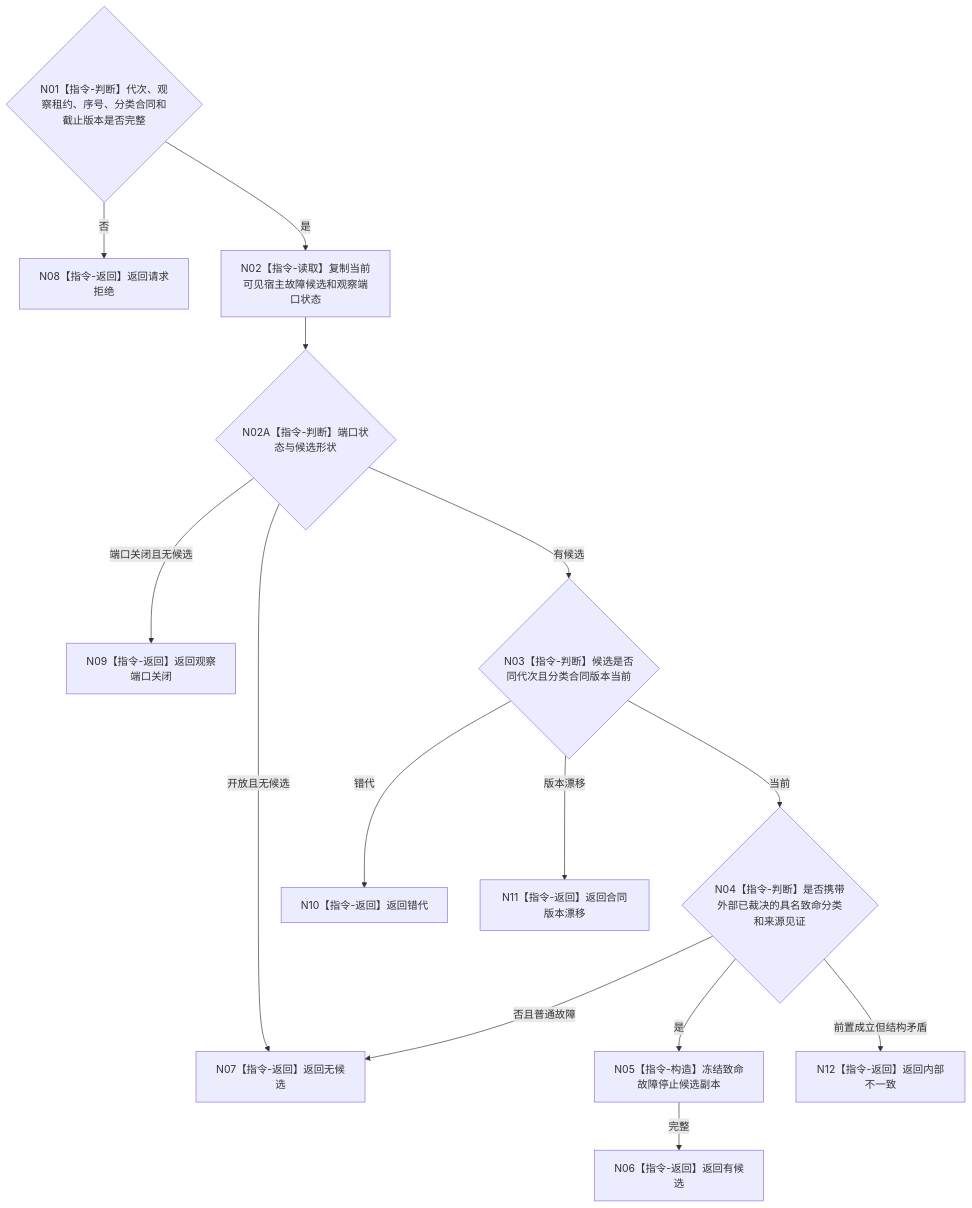
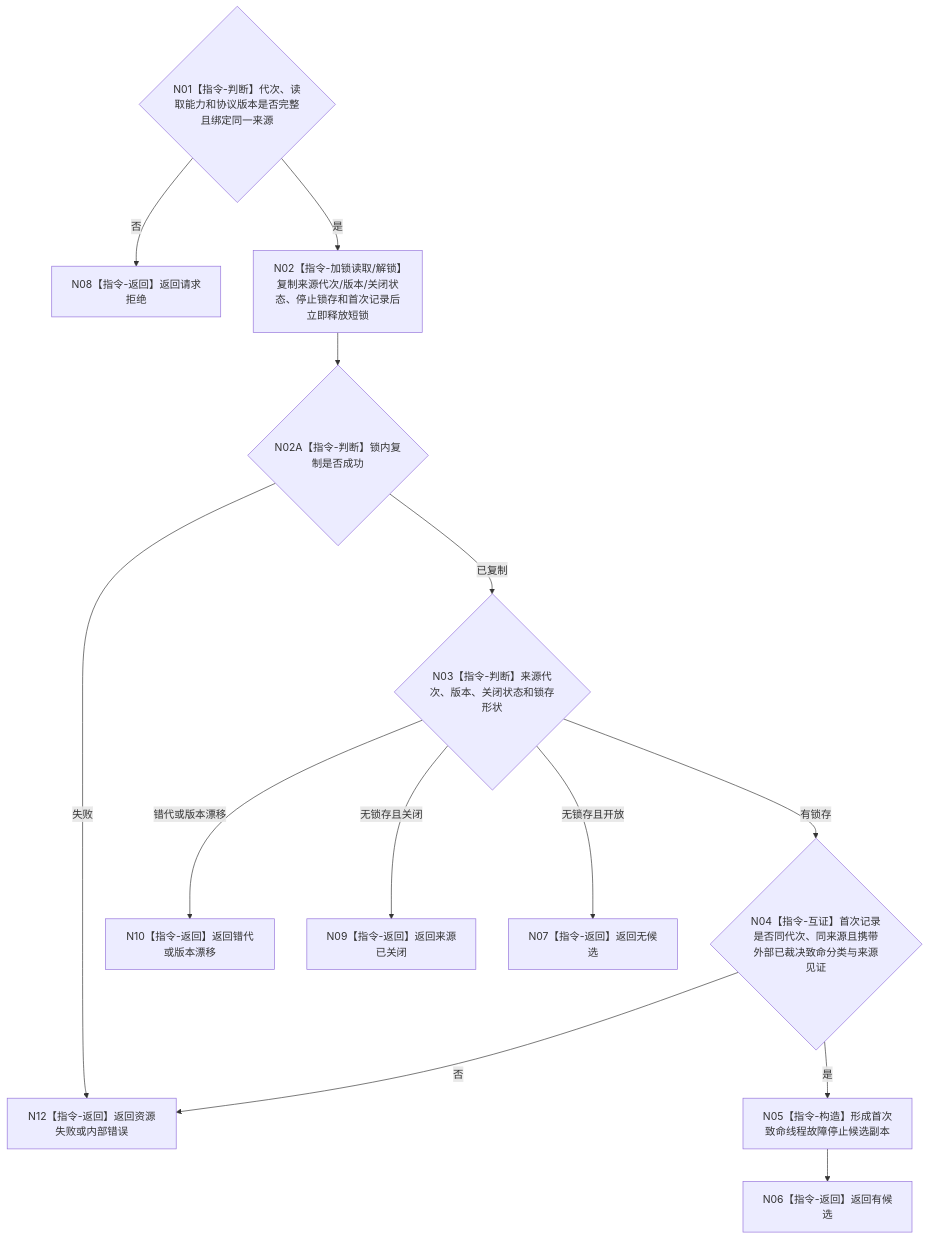
The diagram in 流程图/目标业务流程图/L4/BIZ-L4-001-10-01-03_读取致命线程故障停止候选_目标函数流程图_v0.1.md (chunhaizh-cyber/HY-Ego), drawn with Mermaid before and after one commit. The commit also changed other lines of this file and 14 other files, not shown here.

````diff
--- a/流程图/目标业务流程图/L4/BIZ-L4-001-10-01-03_读取致命线程故障停止候选_目标函数流程图_v0.1.md
+++ b/流程图/目标业务流程图/L4/BIZ-L4-001-10-01-03_读取致命线程故障停止候选_目标函数流程图_v0.1.md
@@ -30,16 +32,15 @@
 ```mermaid
 flowchart TD
- N01{"N01【指令-判断】代次、观察租约、序号、分类合同和截止版本是否完整"} -->|否| N08["N08【指令-返回】返回请求拒绝"]
- N01 -->|是| N02["N02【指令-读取】复制当前可见宿主故障候选和观察端口状态"]
- N02 --> N02A{"N02A【指令-判断】端口状态与候选形状"}
- N02A -->|端口关闭且无候选| N09["N09【指令-返回】返回观察端口关闭"]
- N02A -->|开放且无候选| N07["N07【指令-返回】返回无候选"]
- N02A -->|有候选| N03{"N03【指令-判断】候选是否同代次且分类合同版本当前"}
- N03 -->|错代| N10["N10【指令-返回】返回错代"]
- N03 -->|版本漂移| N11["N11【指令-返回】返回合同版本漂移"]
- N03 -->|当前| N04{"N04【指令-判断】是否携带外部已裁决的具名致命分类和来源见证"}
- N04 -->|否且普通故障| N07
- N04 -->|是| N05["N05【指令-构造】冻结致命故障停止候选副本"]
- N05 -->|完整| N06["N06【指令-返回】返回有候选"]
- N04 -->|前置成立但结构矛盾| N12["N12【指令-返回】返回内部不一致"]
+ N01{"N01【指令-判断】代次、读取能力和协议版本是否完整且绑定同一来源"} -->|否| N08["N08【指令-返回】返回请求拒绝"]
+ N01 -->|是| N02["N02【指令-加锁读取/解锁】复制来源代次/版本/关闭状态、停止锁存和首次记录后立即释放短锁"]
+ N02 --> N02A{"N02A【指令-判断】锁内复制是否成功"}
+ N02A -->|失败| N12["N12【指令-返回】返回资源失败或内部错误"]
+ N02A -->|已复制| N03{"N03【指令-判断】来源代次、版本、关闭状态和锁存形状"}
+ N03 -->|错代或版本漂移| N10["N10【指令-返回】返回错代或版本漂移"]
+ N03 -->|无锁存且关闭| N09["N09【指令-返回】返回来源已关闭"]
+ N03 -->|无锁存且开放| N07["N07【指令-返回】返回无候选"]
+ N03 -->|有锁存| N04{"N04【指令-互证】首次记录是否同代次、同来源且携带外部已裁决致命分类与来源见证"}
+ N04 -->|否| N12
+ N04 -->|是| N05["N05【指令-构造】形成首次致命线程故障停止候选副本"]
+ N05 --> N06["N06【指令-返回】返回有候选"]
 ```
````
